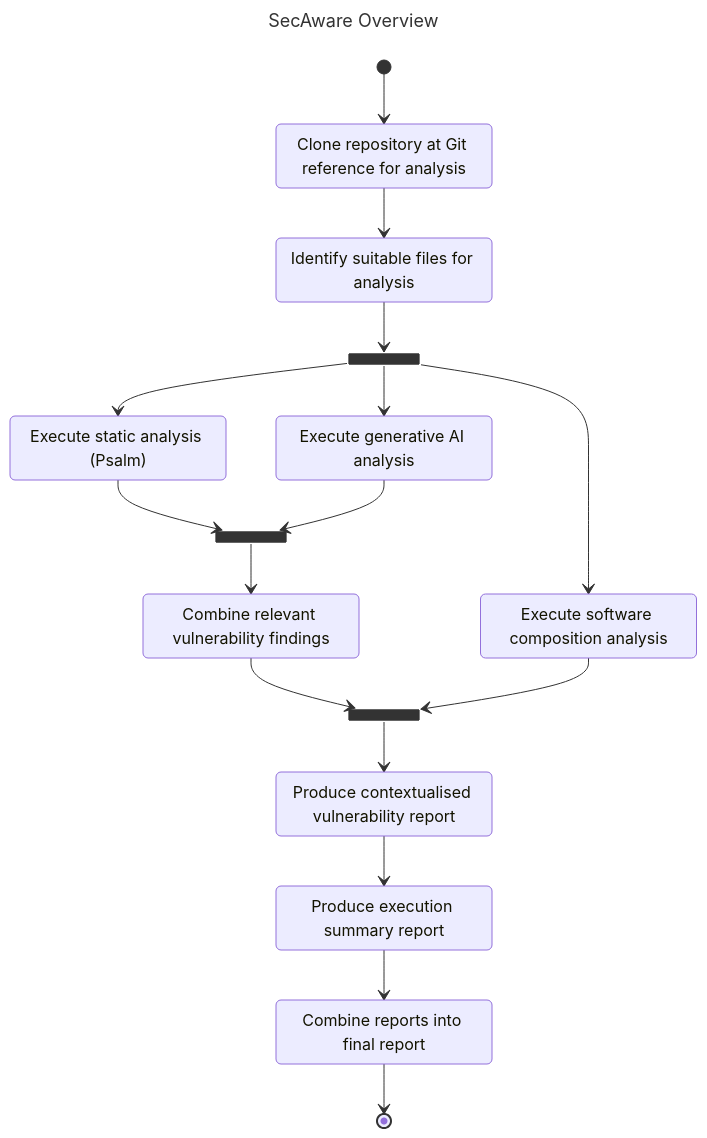
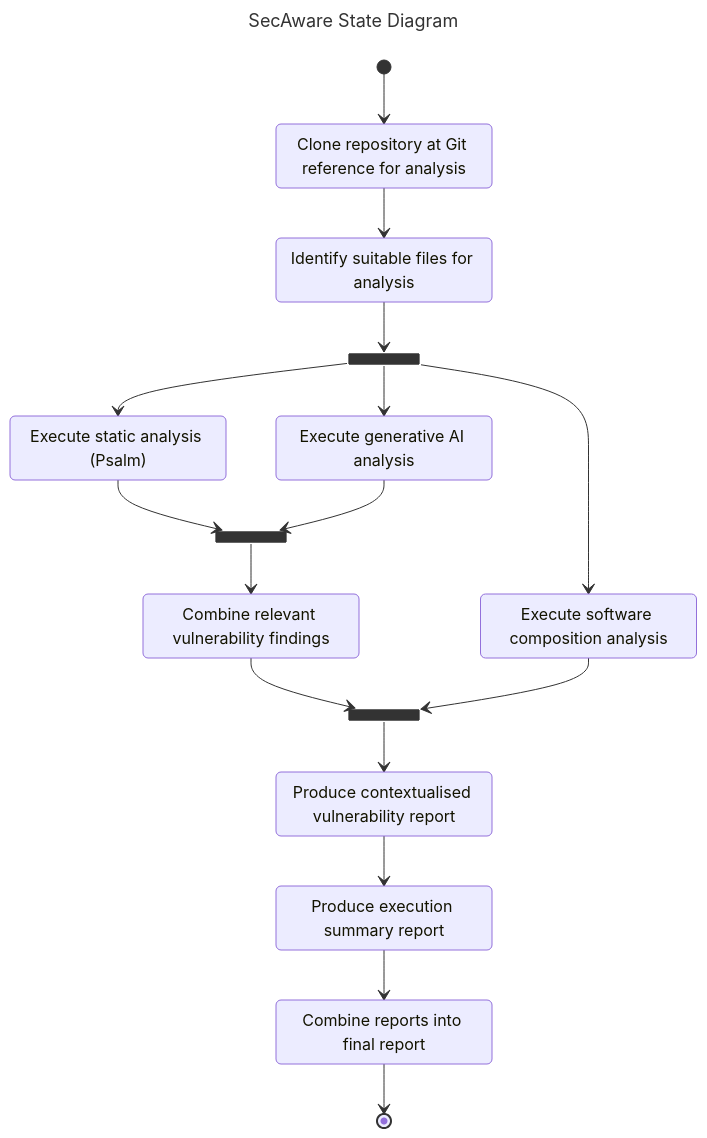
The first of 3 diagrams in README.md (AlexWinder/SecAware), drawn with Mermaid before and after one commit. The commit also changed other lines of this file, not shown here.

````diff
--- a/README.md
+++ b/README.md
@@ -76,42 +76,42 @@
 ```mermaid
 ---
-title: SecAware Overview
+title: SecAware State Diagram
 ---
 stateDiagram-v2
     state "Clone repository at Git reference for analysis" as cloneRepo
     state "Identify suitable files for analysis" as identifyFiles
     state "Execute software composition analysis" as executeSCA
     state "Execute static analysis (Psalm)" as executeSA
     state "Execute generative AI analysis" as executeGAIA
     state "Combine relevant vulnerability findings" as identifyRelevantFindings
     state "Produce contextualised vulnerability report" as produceContextualisedReport
     state "Produce execution summary report" as produceExecutionReport
     state "Combine reports into final report" as finalReport
 
     state analysisFork <<fork>>
     state analysisJoin <<join>>
     state combineJoin <<join>>
 
     [*] --> cloneRepo
     cloneRepo --> identifyFiles
     identifyFiles --> analysisFork
 
     analysisFork --> executeSCA
     analysisFork --> executeSA
     analysisFork --> executeGAIA
 
     executeSA --> analysisJoin
     executeGAIA --> analysisJoin
 
     analysisJoin --> identifyRelevantFindings
 
     identifyRelevantFindings --> combineJoin
     executeSCA --> combineJoin
 
     combineJoin --> produceContextualisedReport
 
     produceContextualisedReport --> produceExecutionReport
     produceExecutionReport --> finalReport
 
     finalReport --> [*]
 ```
````
